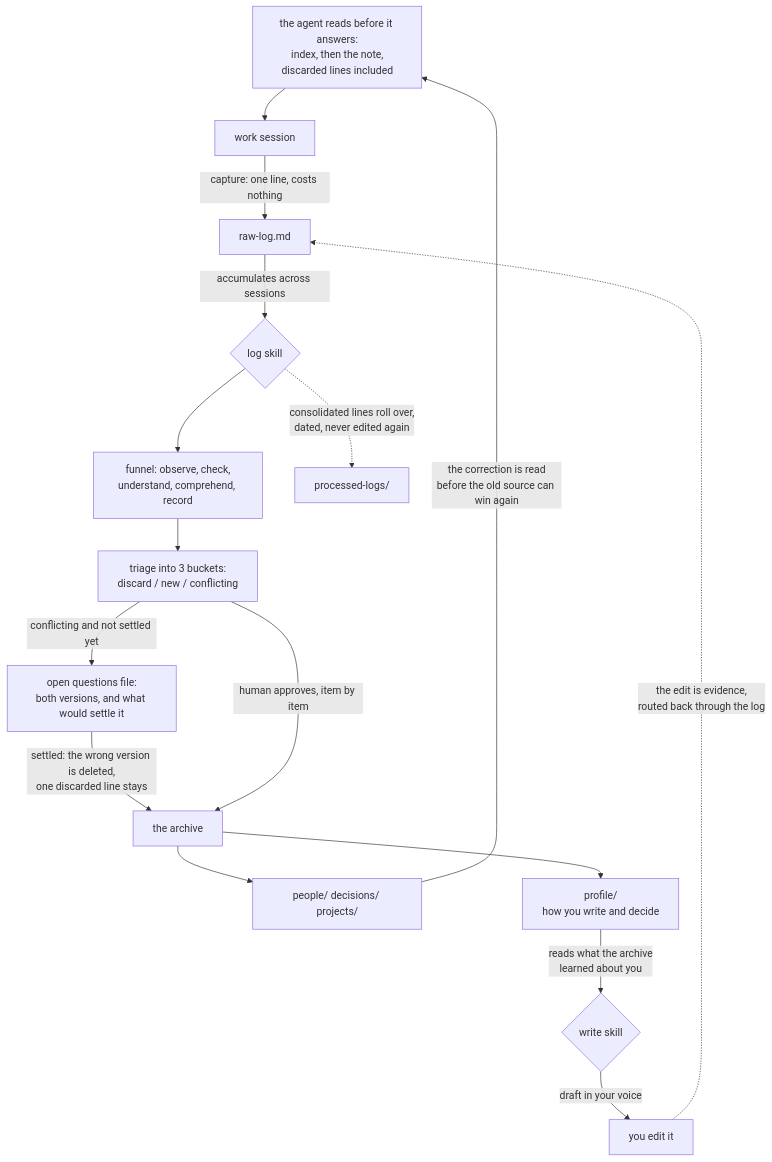
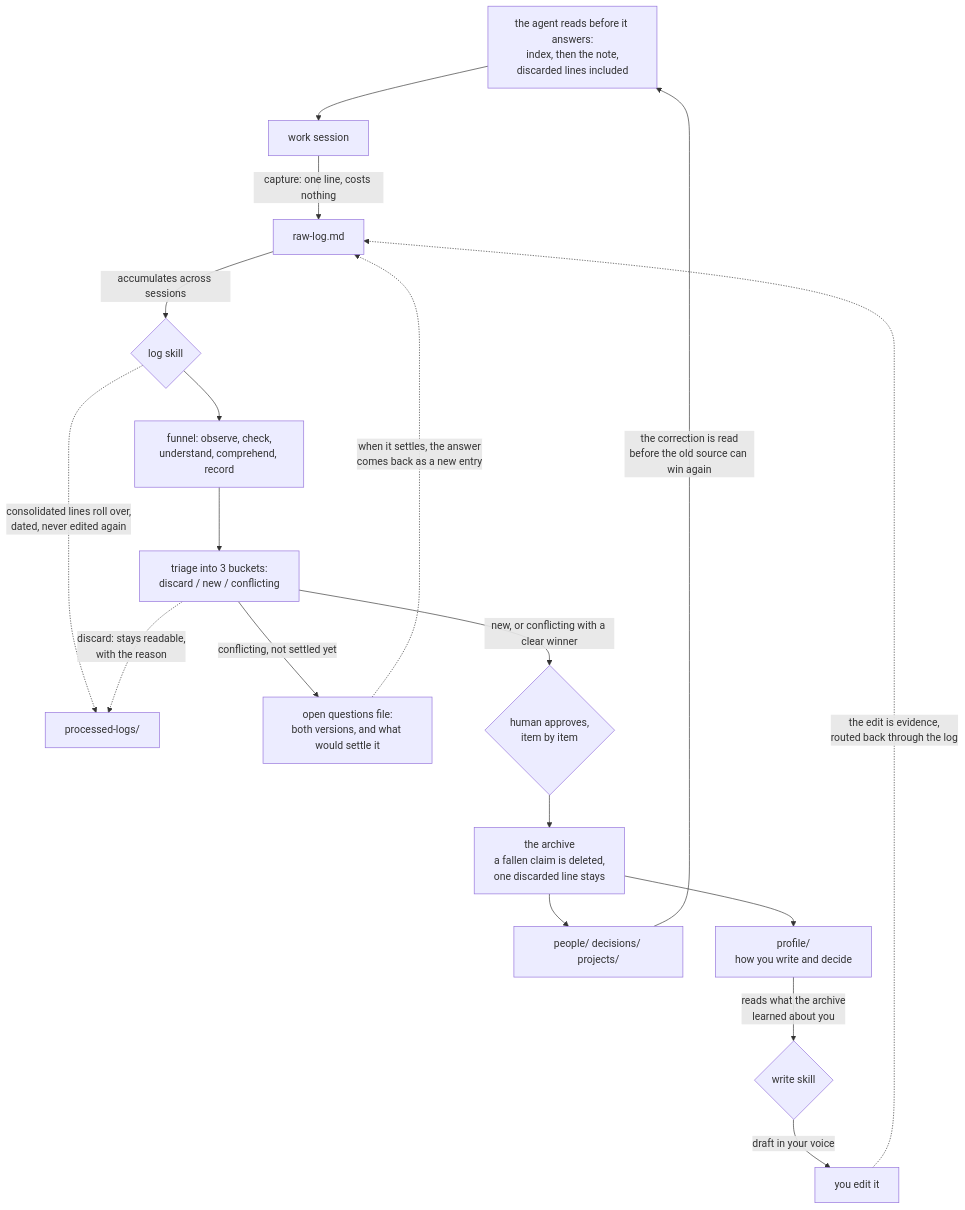
Before and after one commit to Valmor-R-Reichel/SGM: the diagram in README.md, drawn with Mermaid.

Commit message:
Route every write through the approval gate in the diagram, and show where a discarded line is born
A settled open question went straight into the archive, skipping the gate that METHOD section 1
says every removal goes through. It now comes back as a new raw entry. Approval is its own step,
the discarded line is born when a claim falls in the archive, and the discard bucket shows where
it goes: processed-logs, with the reason.

````diff
--- a/README.md
+++ b/README.md
@@ -46,18 +46,20 @@
 ```mermaid
 flowchart TD
     R["the agent reads before it answers:<br/>index, then the note,<br/>discarded lines included"] --> A
     A["work session"] -->|"capture: one line, costs nothing"| B["raw-log.md"]
     B -->|"accumulates across sessions"| C{"log skill"}
     C --> D["funnel: observe, check,<br/>understand, comprehend, record"]
     C -.->|"consolidated lines roll over,<br/>dated, never edited again"| K["processed-logs/"]
     D --> E["triage into 3 buckets:<br/>discard / new / conflicting"]
-    E -->|"conflicting and not settled yet"| Q["open questions file:<br/>both versions, and what would settle it"]
-    Q -->|"settled: the wrong version is deleted,<br/>one discarded line stays"| F
-    E -->|"human approves, item by item"| F["the archive"]
+    E -.->|"discard: stays readable,<br/>with the reason"| K
+    E -->|"conflicting, not settled yet"| Q["open questions file:<br/>both versions, and what would settle it"]
+    Q -.->|"when it settles, the answer<br/>comes back as a new entry"| B
+    E -->|"new, or conflicting with a clear winner"| P{"human approves,<br/>item by item"}
+    P --> F["the archive<br/>a fallen claim is deleted,<br/>one discarded line stays"]
     F --> G["people/ decisions/ projects/"]
     G -->|"the correction is read<br/>before the old source can win again"| R
     F --> H["profile/<br/>how you write and decide"]
     H -->|"reads what the archive<br/>learned about you"| I{"write skill"}
     I -->|"draft in your voice"| J["you edit it"]
     J -.->|"the edit is evidence,<br/>routed back through the log"| B
 ```
````
